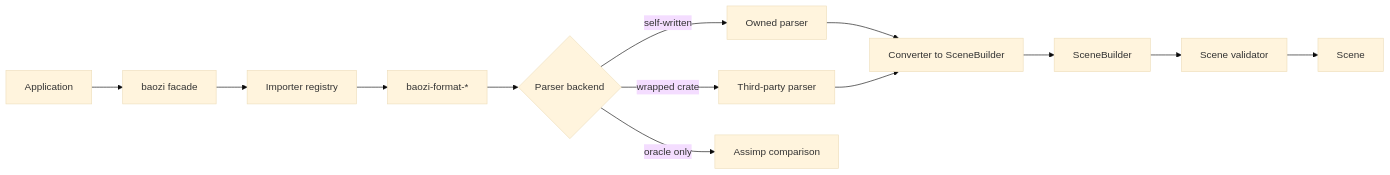
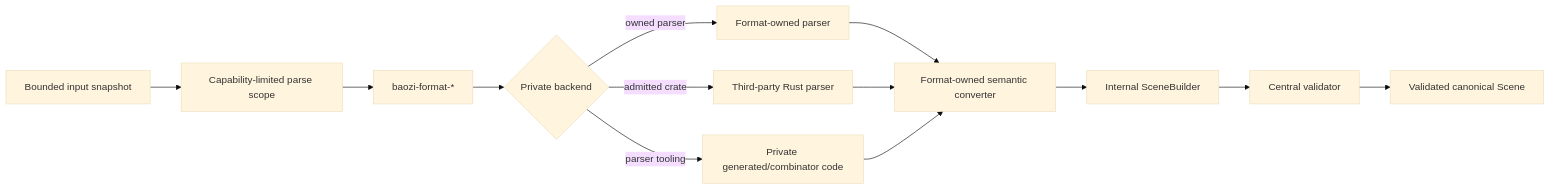
One commit to Latias94/baozi changed the diagram in docs/adr/0004-parser-backend-and-format-coverage-policy.md. Above: the diagram before and after it, drawn with Mermaid (base theme). The commit also changed other lines of this file and 86 other files, not shown here.

First line of the commit message:
feat(architecture): establish canonical contract authority

````diff
--- a/docs/adr/0004-parser-backend-and-format-coverage-policy.md
+++ b/docs/adr/0004-parser-backend-and-format-coverage-policy.md
@@ -59,15 +68,15 @@
 ```mermaid
 flowchart LR
-    App[Application] --> Facade[baozi facade]
-    Facade --> Registry[Importer registry]
-    Registry --> FormatCrate[baozi-format-*]
-    FormatCrate --> Backend{Parser backend}
-    Backend -->|self-written| Owned[Owned parser]
-    Backend -->|wrapped crate| ThirdParty[Third-party parser]
-    Backend -->|oracle only| Oracle[Assimp comparison]
-    Owned --> Converter[Converter to SceneBuilder]
-    ThirdParty --> Converter
-    Converter --> Builder[SceneBuilder]
-    Builder --> Validator[Scene validator]
-    Validator --> Scene[Scene]
+    Snapshot[Bounded input snapshot] --> Scope[Capability-limited parse scope]
+    Scope --> Format[baozi-format-*]
+    Format --> Backend{Private backend}
+    Backend -->|owned parser| Owned[Format-owned parser]
+    Backend -->|admitted crate| Dependency[Third-party Rust parser]
+    Backend -->|parser tooling| Tool[Private generated/combinator code]
+    Owned --> Convert[Format-owned semantic converter]
+    Dependency --> Convert
+    Tool --> Convert
+    Convert --> Builder[Internal SceneBuilder]
+    Builder --> Validate[Central validator]
+    Validate --> Scene[Validated canonical Scene]
 ```
````
